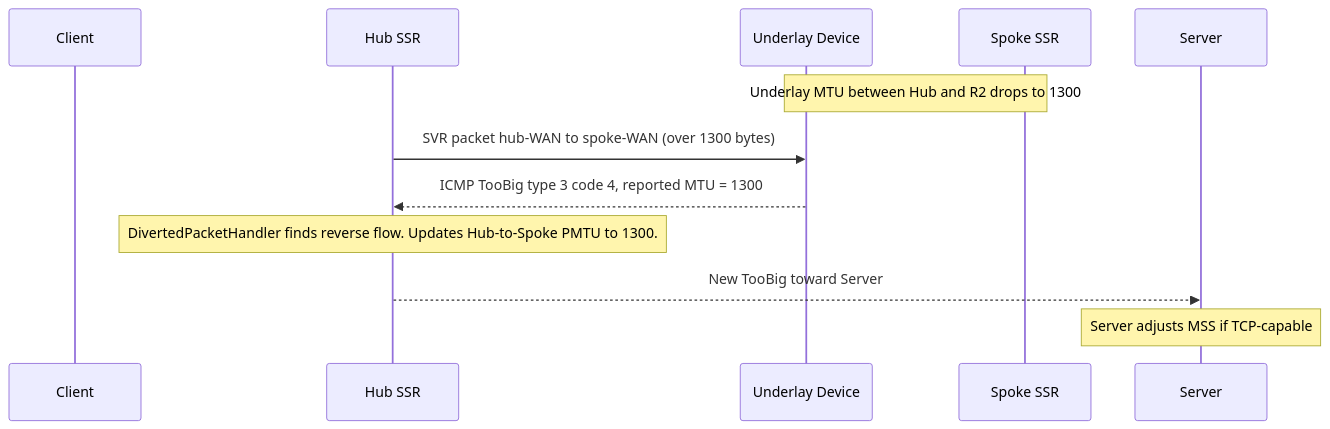
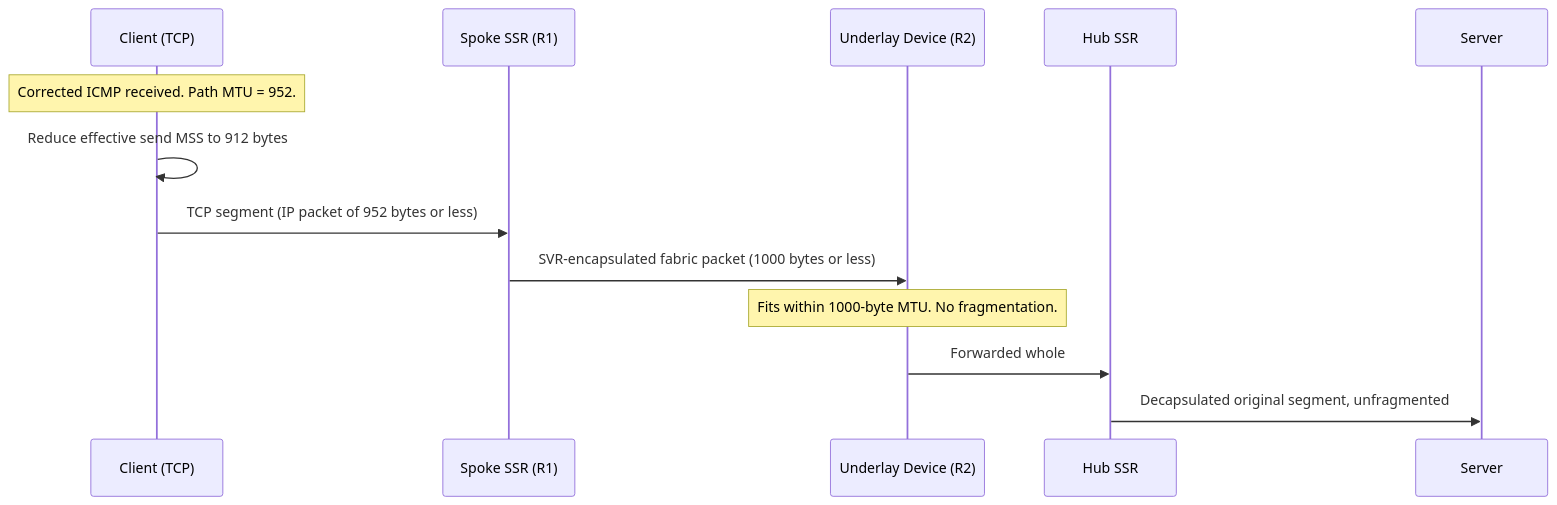
One commit to 128technology/docs changed the third of 4 diagrams in docs/config_pmtu.md. Above: the diagram before and after it, drawn with Mermaid. The commit also changed other lines of this file, not shown here.

First line of the commit message:
docs(pmtu): document adaptive path MTU for long-lived sessions (I95-60371)

````diff
--- a/docs/config_pmtu.md
+++ b/docs/config_pmtu.md
@@ -51,15 +139,16 @@
 ```mermaid
 sequenceDiagram
-    participant Client
+    participant Client as Client (TCP)
+    participant Spoke as Spoke SSR (R1)
+    participant R2 as Underlay Device (R2)
     participant Hub as Hub SSR
-    participant R2 as Underlay Device
-    participant R1 as Spoke SSR
     participant Server
 
-    Note over R2,R1: Underlay MTU between Hub and R2 drops to 1300
-    Hub->>R2: SVR packet hub-WAN to spoke-WAN (over 1300 bytes)
-    R2-->>Hub: ICMP TooBig type 3 code 4, reported MTU = 1300
-    Note over Hub: DivertedPacketHandler finds reverse flow. Updates Hub-to-Spoke PMTU to 1300.
-    Hub-->>Server: New TooBig toward Server
-    Note over Server: Server adjusts MSS if TCP-capable
+    Note over Client: Corrected ICMP received. Path MTU = 952.
+    Client->>Client: Reduce effective send MSS to 912 bytes
+    Client->>Spoke: TCP segment (IP packet of 952 bytes or less)
+    Spoke->>R2: SVR-encapsulated fabric packet (1000 bytes or less)
+    Note over R2: Fits within 1000-byte MTU. No fragmentation.
+    R2->>Hub: Forwarded whole
+    Hub->>Server: Decapsulated original segment, unfragmented
 ```
````
